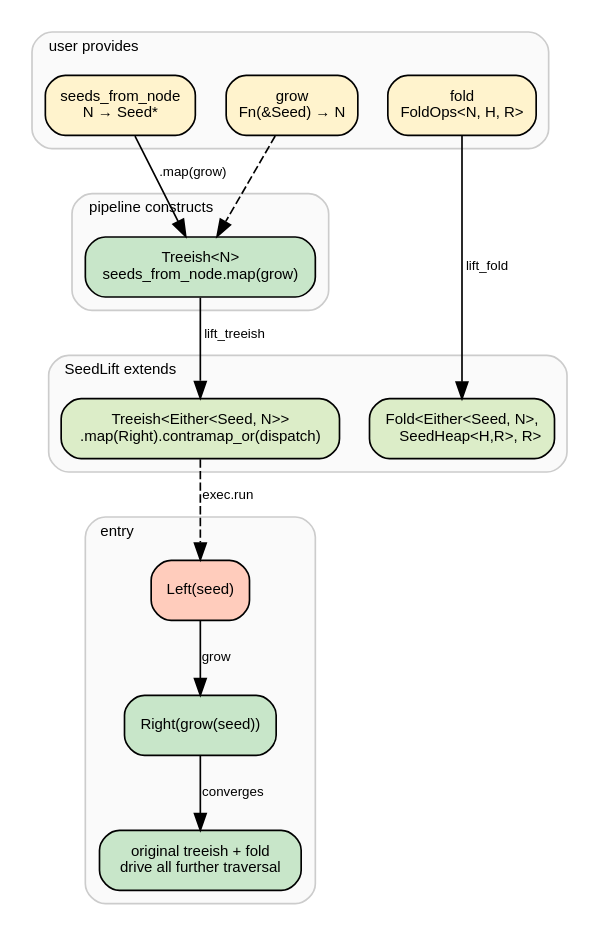
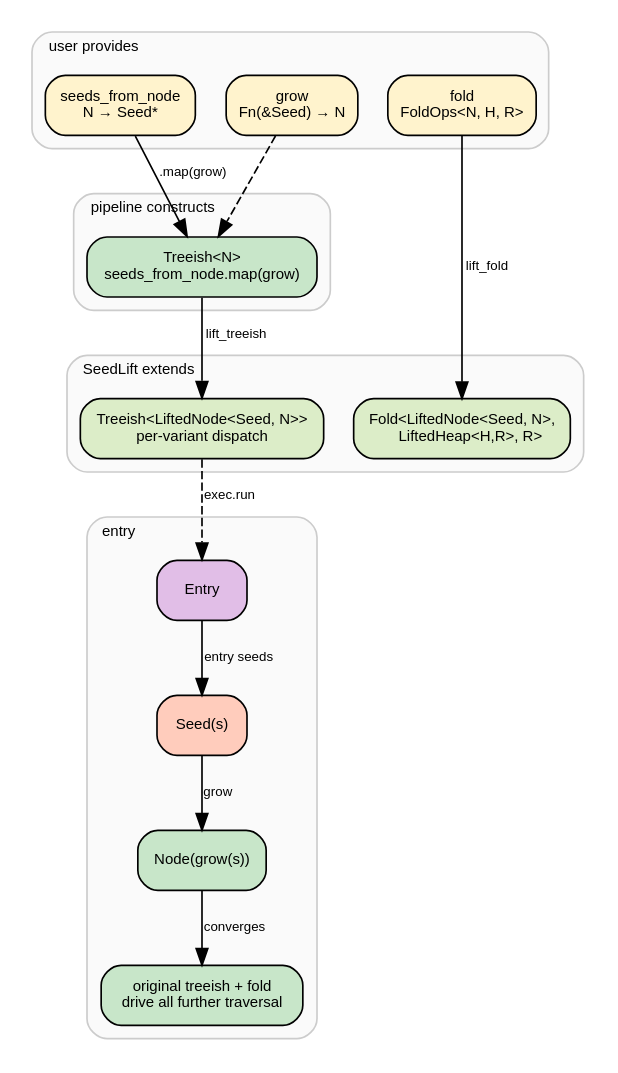
The third of 3 diagrams in book/src/design/milewski.md (hylic-recursion/hylic-docs), drawn with Graphviz before and after one commit. The commit also changed other lines of this file and 6 other files, not shown here.

First line of the commit message:
Docs: LiftedNode/LiftedHeap, decomposed SeedPipeline, milewski page

````diff
--- a/book/src/design/milewski.md
+++ b/book/src/design/milewski.md
@@ -327,52 +316,54 @@
 ```dot process
 digraph seed_bridge {
     rankdir=TB;
     compound=true;
     node [fontname="sans-serif", fontsize=9, shape=box, style="rounded,filled"];
     edge [fontname="sans-serif", fontsize=8];
 
     subgraph cluster_user {
         label="user provides"; labeljust=l; style="rounded,filled";
         fillcolor="#fafafa"; color=grey80; fontname="sans-serif"; fontsize=9;
 
         sfn [label="seeds_from_node\nN → Seed*", fillcolor="#fff3cd"];
         grow [label="grow\nFn(&Seed) → N", fillcolor="#fff3cd"];
         fold_u [label="fold\nFoldOps<N, H, R>", fillcolor="#fff3cd"];
     }
 
     subgraph cluster_compose {
         label="pipeline constructs"; labeljust=l; style="rounded,filled";
         fillcolor="#fafafa"; color=grey80; fontname="sans-serif"; fontsize=9;
 
         t [label="Treeish<N>\nseeds_from_node.map(grow)", fillcolor="#c8e6c9"];
     }
 
     sfn -> t [label=".map(grow)"];
     grow -> t [style=dashed];
 
     subgraph cluster_lift {
         label="SeedLift extends"; labeljust=l; style="rounded,filled";
         fillcolor="#fafafa"; color=grey80; fontname="sans-serif"; fontsize=9;
 
-        lt [label="Treeish<Either<Seed, N>>\n.map(Right).contramap_or(dispatch)", fillcolor="#dcedc8"];
-        lf [label="Fold<Either<Seed, N>,\n     SeedHeap<H,R>, R>", fillcolor="#dcedc8"];
+        lt [label="Treeish<LiftedNode<Seed, N>>\nper-variant dispatch", fillcolor="#dcedc8"];
+        lf [label="Fold<LiftedNode<Seed, N>,\n     LiftedHeap<H,R>, R>", fillcolor="#dcedc8"];
     }
 
     t -> lt [label="lift_treeish"];
     fold_u -> lf [label="lift_fold"];
 
     subgraph cluster_entry {
         label="entry"; labeljust=l; style="rounded,filled";
         fillcolor="#fafafa"; color=grey80; fontname="sans-serif"; fontsize=9;
 
-        entry_seed [label="Left(seed)", fillcolor="#ffccbc"];
-        entry_node [label="Right(grow(seed))", fillcolor="#c8e6c9"];
+        entry_point [label="Entry", fillcolor="#e1bee7"];
+        entry_seed [label="Seed(s)", fillcolor="#ffccbc"];
+        entry_node [label="Node(grow(s))", fillcolor="#c8e6c9"];
         entry_rest [label="original treeish + fold\ndrive all further traversal", fillcolor="#c8e6c9"];
     }
 
+    entry_point -> entry_seed [label="entry seeds"];
     entry_seed -> entry_node [label="grow"];
     entry_node -> entry_rest [label="converges"];
 
-    lt -> entry_seed [label="exec.run", style=dashed];
+    lt -> entry_point [label="exec.run", style=dashed];
 }
 ```
````
